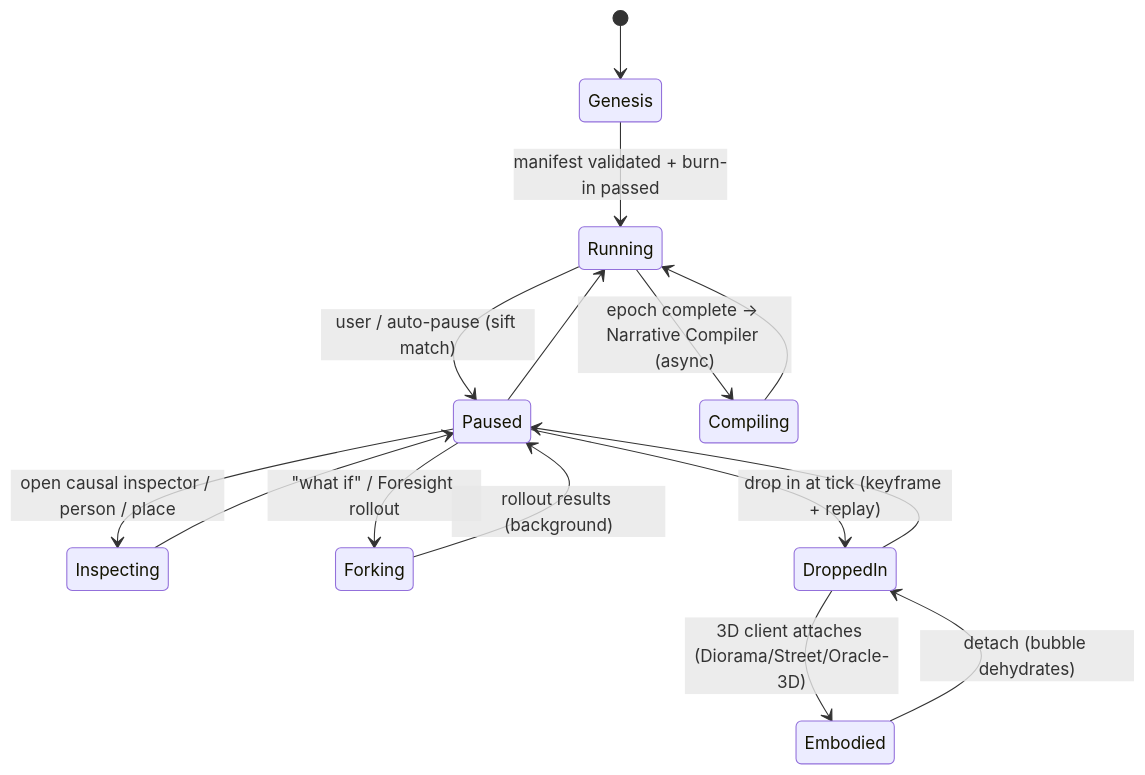
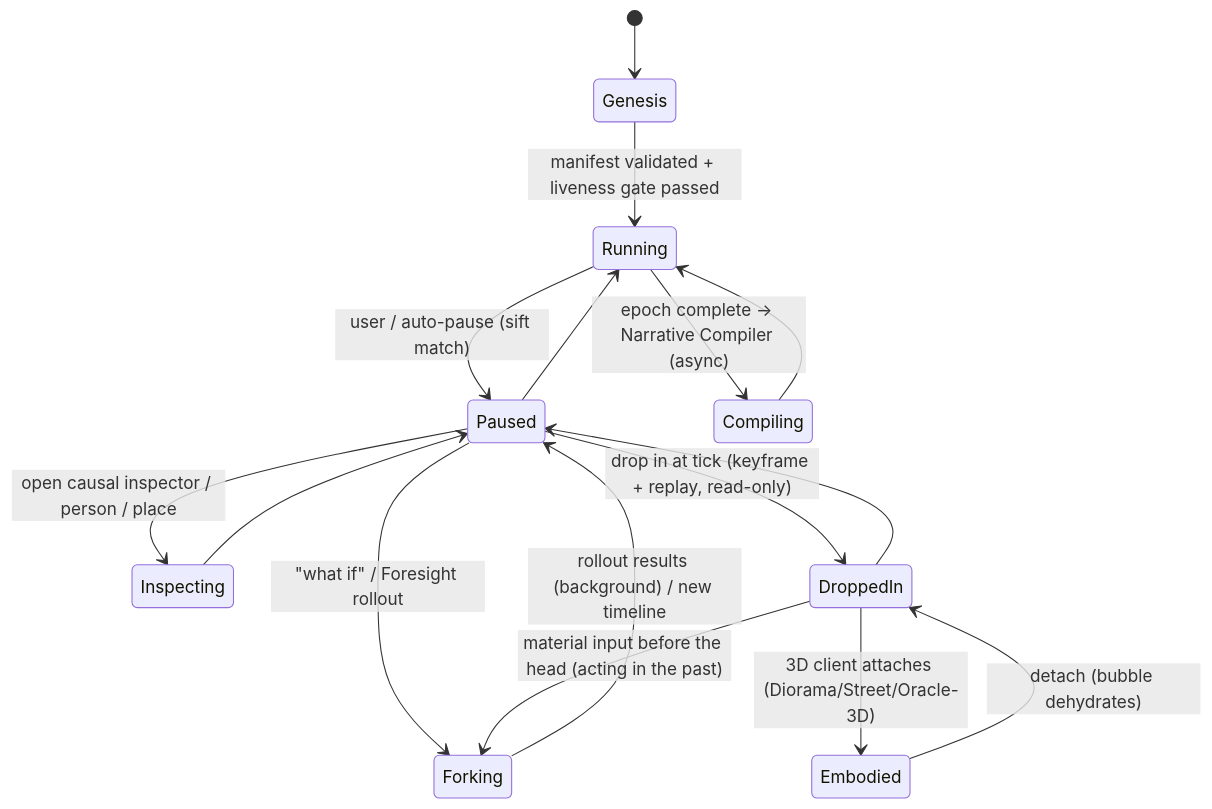
Before and after one commit to BigRigVibeCoder/Rehoboam: the second of 2 diagrams in docs/04_concept_of_operations.md, drawn with Mermaid. The commit also changed other lines of this file and 11 other files, not shown here.

````diff
--- a/docs/04_concept_of_operations.md
+++ b/docs/04_concept_of_operations.md
@@ -34,17 +35,18 @@
 ```mermaid
 stateDiagram-v2
     [*] --> Genesis
-    Genesis --> Running: manifest validated + burn-in passed
+    Genesis --> Running: manifest validated + liveness gate passed
     Running --> Paused: user / auto-pause (sift match)
     Paused --> Running
     Paused --> Inspecting: open causal inspector / person / place
     Inspecting --> Paused
     Paused --> Forking: "what if" / Foresight rollout
-    Forking --> Paused: rollout results (background)
-    Paused --> DroppedIn: drop in at tick (keyframe + replay)
+    Forking --> Paused: rollout results (background) / new timeline
+    Paused --> DroppedIn: drop in at tick (keyframe + replay, read-only)
+    DroppedIn --> Forking: material input before the head (acting in the past)
     DroppedIn --> Embodied: 3D client attaches (Diorama/Street/Oracle-3D)
     Embodied --> DroppedIn: detach (bubble dehydrates)
     DroppedIn --> Paused
     Running --> Compiling: epoch complete → Narrative Compiler (async)
     Compiling --> Running
 ```
````
